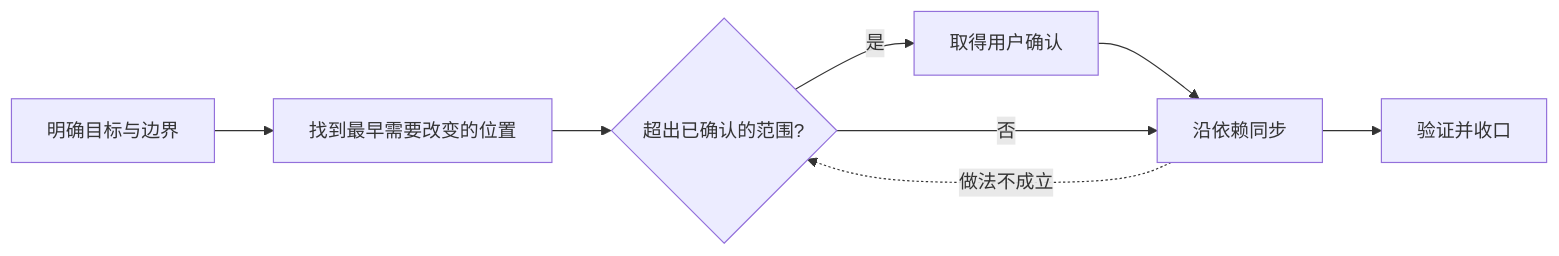
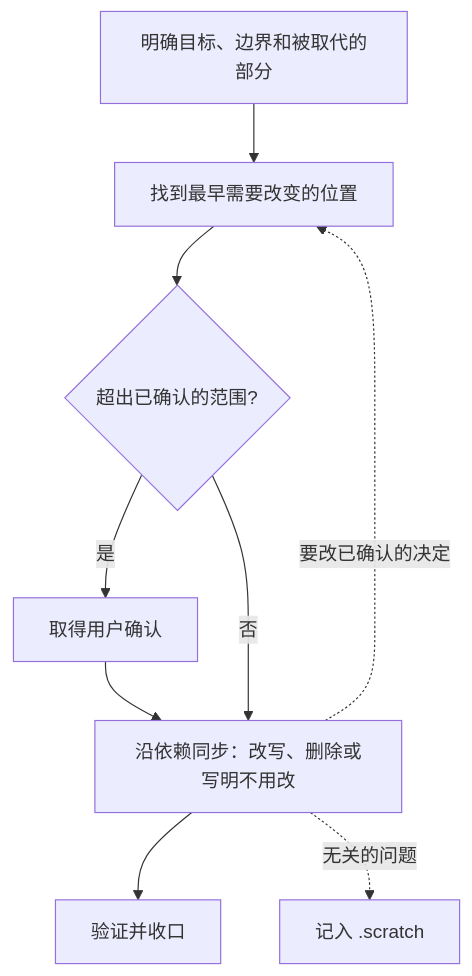
The second of 2 diagrams in src/Docs/Orisumi.Docs/content/docs/adr/documentation-authority.mdx (shenxianovo/Heartbeat), drawn with Mermaid before and after one commit. The commit also changed other lines of this file and 88 other files, not shown here.

First line of the commit message:
docs: make deletion part of the change flow and remove replaced code

````diff
--- a/src/Docs/Orisumi.Docs/content/docs/adr/documentation-authority.mdx
+++ b/src/Docs/Orisumi.Docs/content/docs/adr/documentation-authority.mdx
@@ -168,13 +172,15 @@
 ```mermaid
-flowchart LR
-  G[明确目标与边界] --> S[找到最早需要改变的位置] --> D{超出已确认的范围?}
-  D -- 是 --> A[取得用户确认] --> P[沿依赖同步]
-  D -- 否 --> P
+flowchart TD
+  G[明确目标、边界和被取代的部分] --> S[找到最早需要改变的位置] --> D{超出已确认的范围?}
+  D -- 是 --> A[取得用户确认] --> P
+  D -- 否 --> P[沿依赖同步：改写、删除或写明不用改]
   P --> V[验证并收口]
-  P -. 做法不成立 .-> D
+  P -. 要改已确认的决定 .-> S
+  P -. 无关的问题 .-> X[记入 .scratch]
   click G "#forward"
   click S "#forward"
   click A "#confirmation"
   click P "#forward"
-  click V "#verification"
+  click V "#closing"
+  click X "#fallback"
 ```
````
